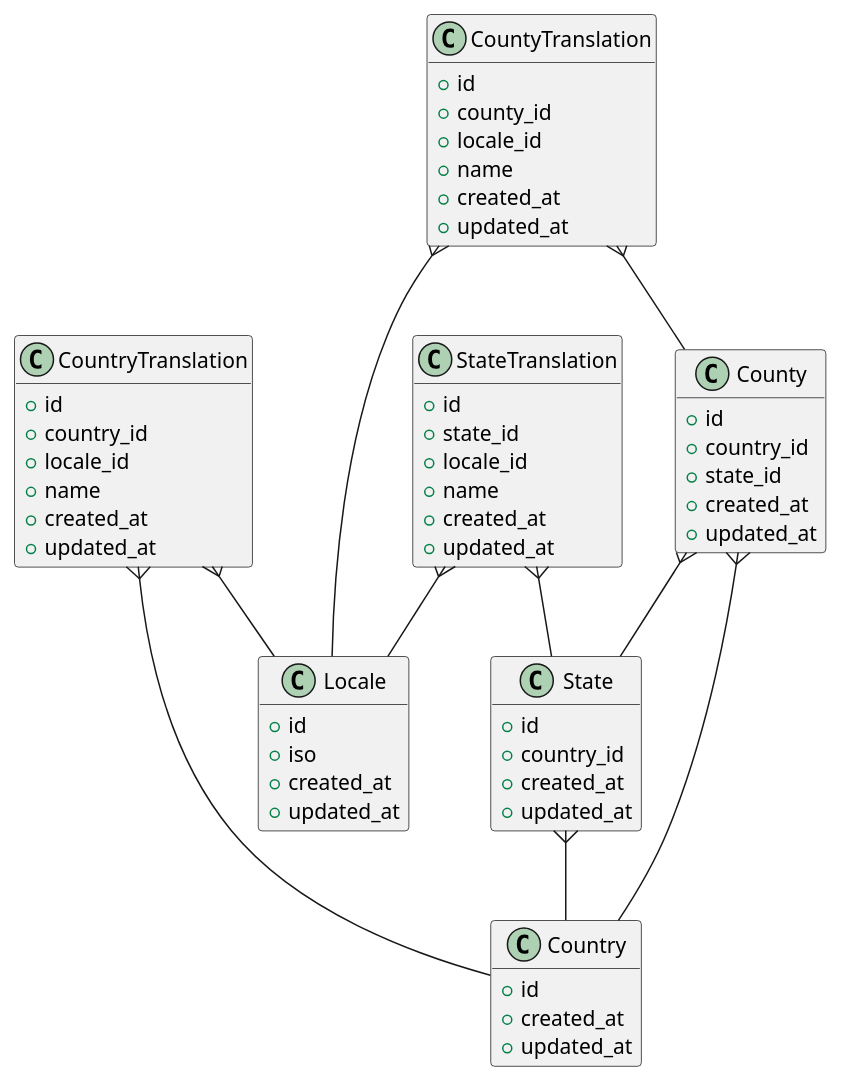
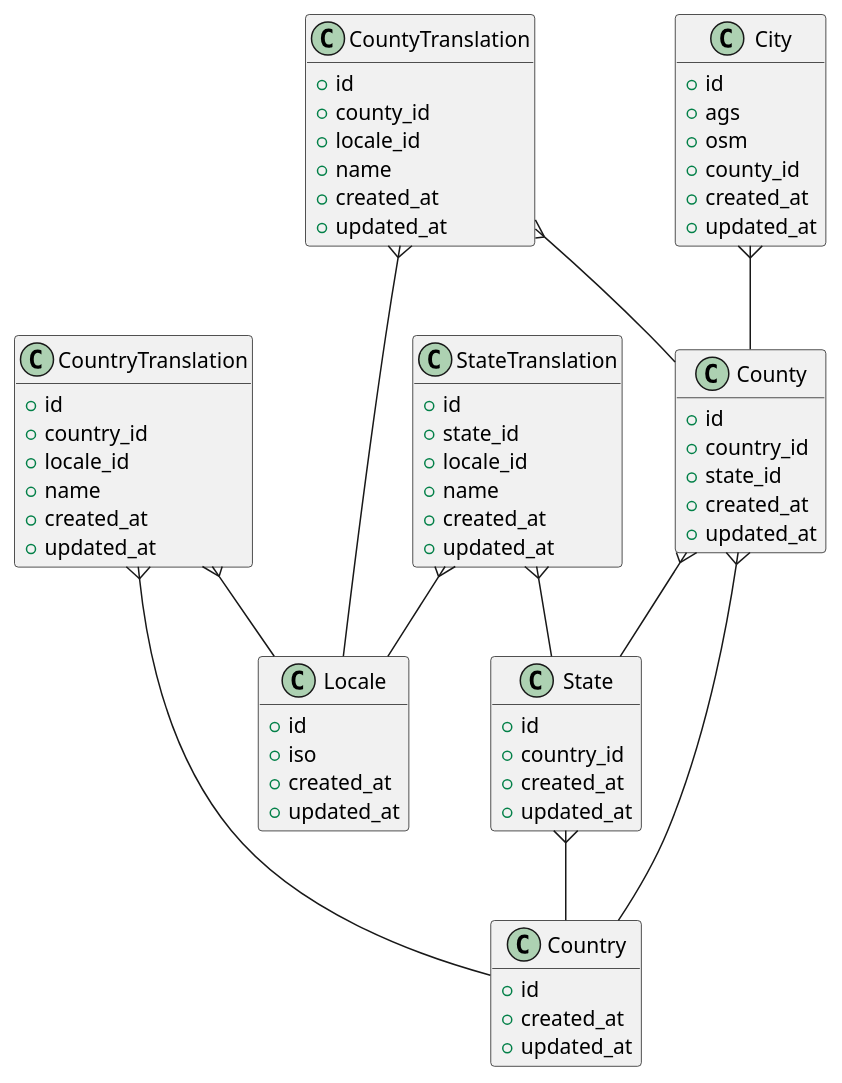
One commit to Corona-vor-Ort/corona-vor-ort-api changed the diagram in docs/db.puml. Above: the diagram before and after it, drawn with PlantUML. The commit also changed 4 other files, not shown here.

```diff
--- a/docs/db.puml
+++ b/docs/db.puml
@@ -1,75 +1,86 @@
 @startuml
 
 hide empty fields
 hide empty methods
 
 class Locale {
     + id
     + iso
     + created_at
     + updated_at
 }
 
 class Country {
     + id
     + created_at
     + updated_at
 }
 
 class CountryTranslation {
     + id
     + country_id
     + locale_id
     + name
     + created_at
     + updated_at
 }
 
 CountryTranslation }-- Country
 CountryTranslation }-- Locale
 
 class State {
     + id
     + country_id
     + created_at
     + updated_at
 }
 
 State }-- Country
 
 class StateTranslation {
     + id
     + state_id
     + locale_id
     + name
     + created_at
     + updated_at
 }
 
 StateTranslation }-- State
 StateTranslation }-- Locale
 
 class County {
     + id
     + country_id
     + state_id
     + created_at
     + updated_at
 }
 
 County }-- Country
 County }-- State
 
 class CountyTranslation {
     + id
     + county_id
     + locale_id
     + name
     + created_at
     + updated_at
 }
 
 CountyTranslation }-- County
 CountyTranslation }-- Locale
 
+class City {
+    + id
+    + ags
+    + osm
+    + county_id
+    + created_at
+    + updated_at
+}
+
+City }-- County
+
 @enduml
```
